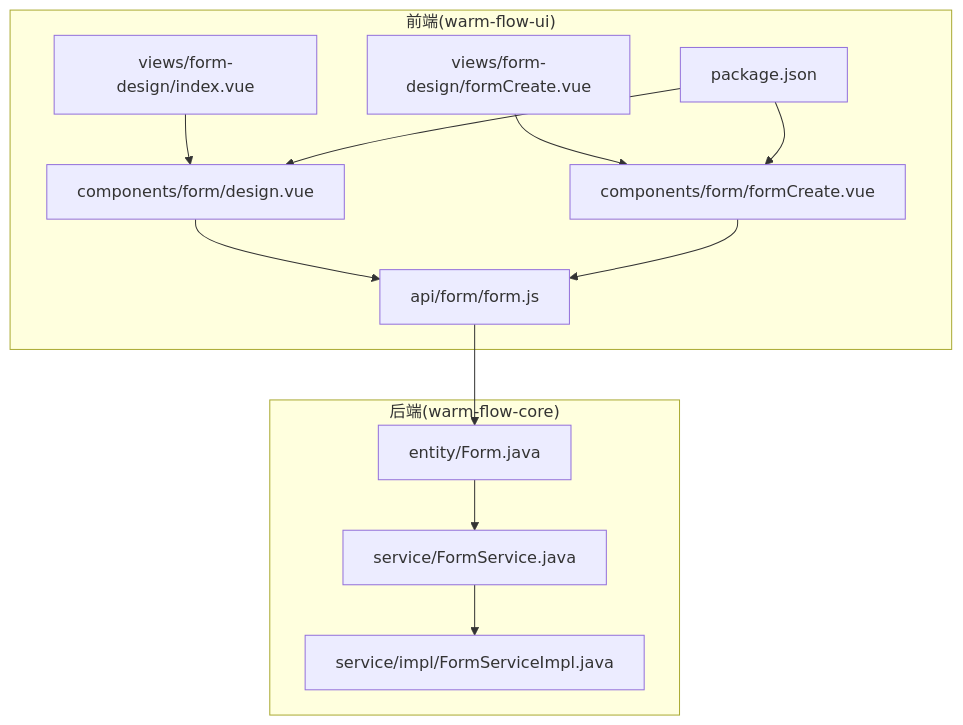
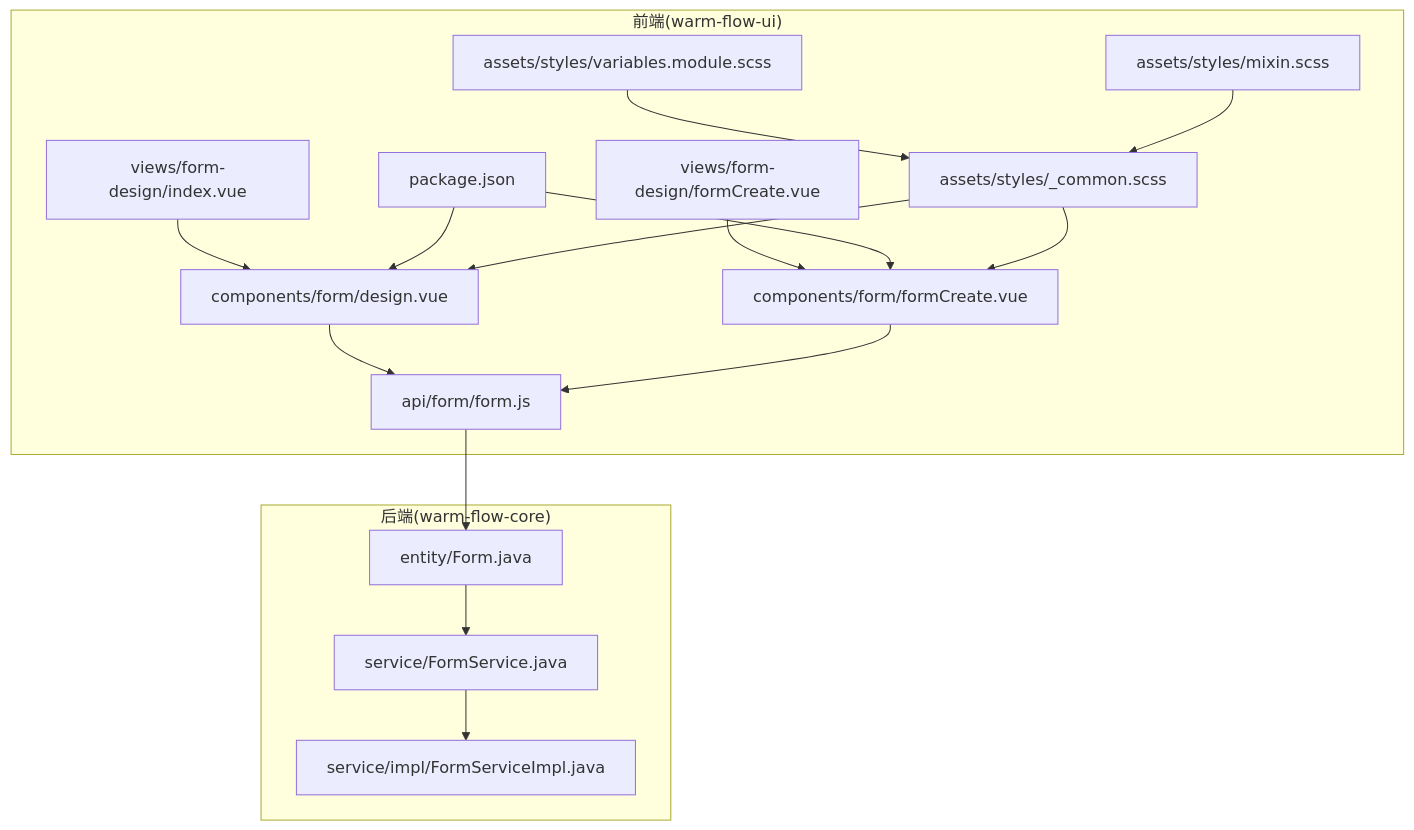
One commit to dromara/warm-flow changed the first of 6 diagrams in .qoder/repowiki/zh/content/可视化设计器/表单设计器.md. Above: the diagram before and after it, drawn with Mermaid. The commit also changed other lines of this file and 18 other files, not shown here.

````diff
--- a/.qoder/repowiki/zh/content/可视化设计器/表单设计器.md
+++ b/.qoder/repowiki/zh/content/可视化设计器/表单设计器.md
@@ -40,25 +52,32 @@
 ```mermaid
 graph TB
 subgraph "前端(warm-flow-ui)"
 A_index["views/form-design/index.vue"]
 A_formCreate["views/form-design/formCreate.vue"]
 B_design["components/form/design.vue"]
 C_formCreate["components/form/formCreate.vue"]
 D_api["api/form/form.js"]
 E_pkg["package.json"]
+F_common["assets/styles/_common.scss"]
+G_variables["assets/styles/variables.module.scss"]
+H_mixin["assets/styles/mixin.scss"]
 end
 subgraph "后端(warm-flow-core)"
-F_entity["entity/Form.java"]
-G_service["service/FormService.java"]
-H_impl["service/impl/FormServiceImpl.java"]
+I_entity["entity/Form.java"]
+J_service["service/FormService.java"]
+K_impl["service/impl/FormServiceImpl.java"]
 end
 A_index --> B_design
 A_formCreate --> C_formCreate
 B_design --> D_api
 C_formCreate --> D_api
-D_api --> F_entity
-F_entity --> G_service
-G_service --> H_impl
+D_api --> I_entity
+I_entity --> J_service
+J_service --> K_impl
 E_pkg --> B_design
 E_pkg --> C_formCreate
+F_common --> B_design
+F_common --> C_formCreate
+G_variables --> F_common
+H_mixin --> F_common
 ```
````
